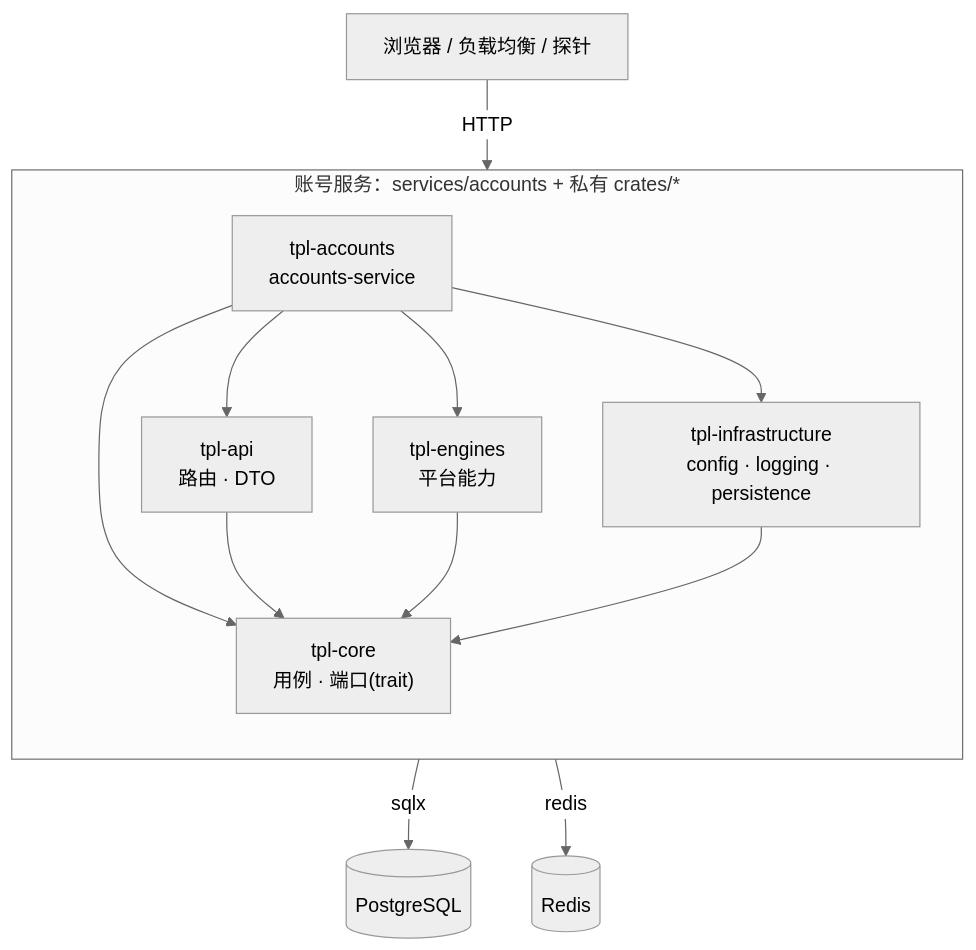
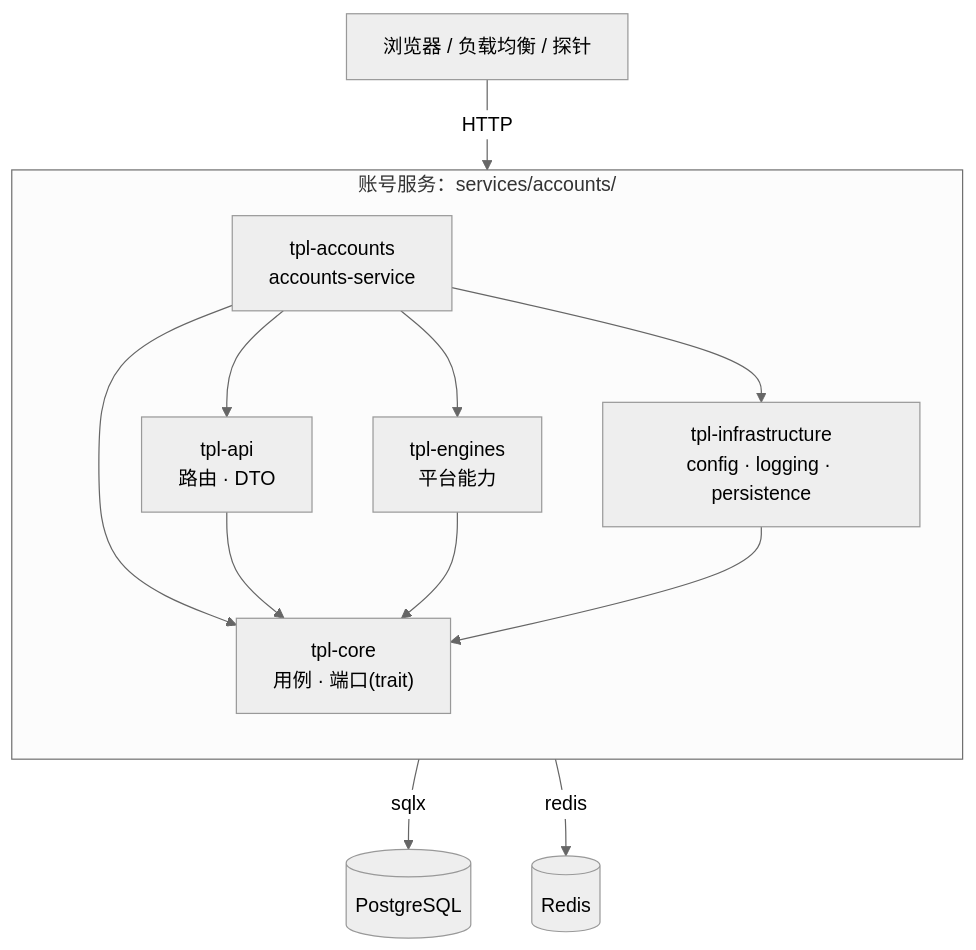
One commit to ZataZhang/zata-code-template-rust changed the first of 2 diagrams in docs/architecture/system-design.md. Above: the diagram before and after it, drawn with Mermaid (neutral theme). The commit also changed other lines of this file and 49 other files, not shown here.

First line of the commit message:
refactor(accounts): colocate private crates within service

````diff
--- a/docs/architecture/system-design.md
+++ b/docs/architecture/system-design.md
@@ -55,24 +161,24 @@
 ```mermaid
 flowchart TD
     Client["浏览器 / 负载均衡 / 探针"] -->|HTTP| Api
 
-    subgraph Workspace["账号服务：services/accounts + 私有 crates/*"]
+    subgraph Workspace["账号服务：services/accounts/"]
         direction TB
         App["tpl-accounts<br/>accounts-service"]
         Api["tpl-api<br/>路由 · DTO"]
         Core["tpl-core<br/>用例 · 端口(trait)"]
         Engines["tpl-engines<br/>平台能力"]
         Infra["tpl-infrastructure<br/>config · logging · persistence"]
 
         App --> Api
         App --> Core
         App --> Engines
         App --> Infra
         Api --> Core
         Engines --> Core
         Infra --> Core
     end
 
     Infra -->|sqlx| PG[("PostgreSQL")]
     Infra -->|redis| RD[("Redis")]
 ```
````
